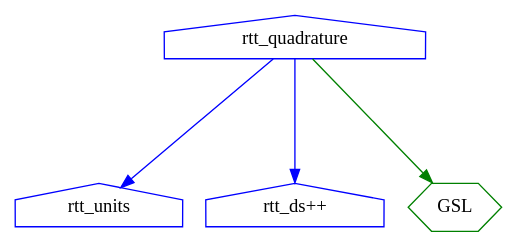
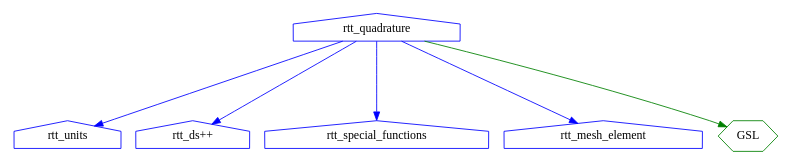
Before and after one commit to losalamos/Draco: the diagram in src/quadrature/doc/package.dot, drawn with Graphviz. The commit also changed 1 other file, not shown here.

Commit message:
o New dependency diagrams for package quadrature.

```diff
--- a/src/quadrature/doc/package.dot
+++ b/src/quadrature/doc/package.dot
@@ -1,28 +1,32 @@
 digraph quadrature_package_level {
 
     /* graph attributes */
     center=1;
     size="8,14";
     ranksep=1.25;
 
     /* draco nodes */
     rtt_units [shape=house, color=blue, label="rtt_units"];
     rtt_dsxx [shape=house, color=blue, label="rtt_ds++"];
+    rtt_special_functions [shape=house, color=blue, label="rtt_special_functions"];
+    rtt_mesh_element [shape=house, color=blue, label="rtt_mesh_element"];
 
     /* vendor nodes */
     GSL [shape=hexagon, color=green, label="GSL"];
 
     /* Package Dependencies */
     rtt_quadrature [shape=house,color=blue,label="rtt_quadrature"];
 
     /* level dependencies for packages */
     rtt_units -> { };
     rtt_dsxx -> { };
+    rtt_special_functions -> { };
+    rtt_mesh_element -> { };
     GSL -> { };
-    rtt_quadrature -> { rtt_units rtt_dsxx } [color=blue];
+    rtt_quadrature -> { rtt_units rtt_dsxx rtt_special_functions rtt_mesh_element } [color=blue];
     rtt_quadrature -> { GSL } [color=green];
 
-    {rank=same;  rtt_units rtt_dsxx GSL };
+    {rank=same;  rtt_units rtt_dsxx rtt_special_functions rtt_mesh_element GSL };
     {rank=same;  rtt_quadrature };
 
 }
```
